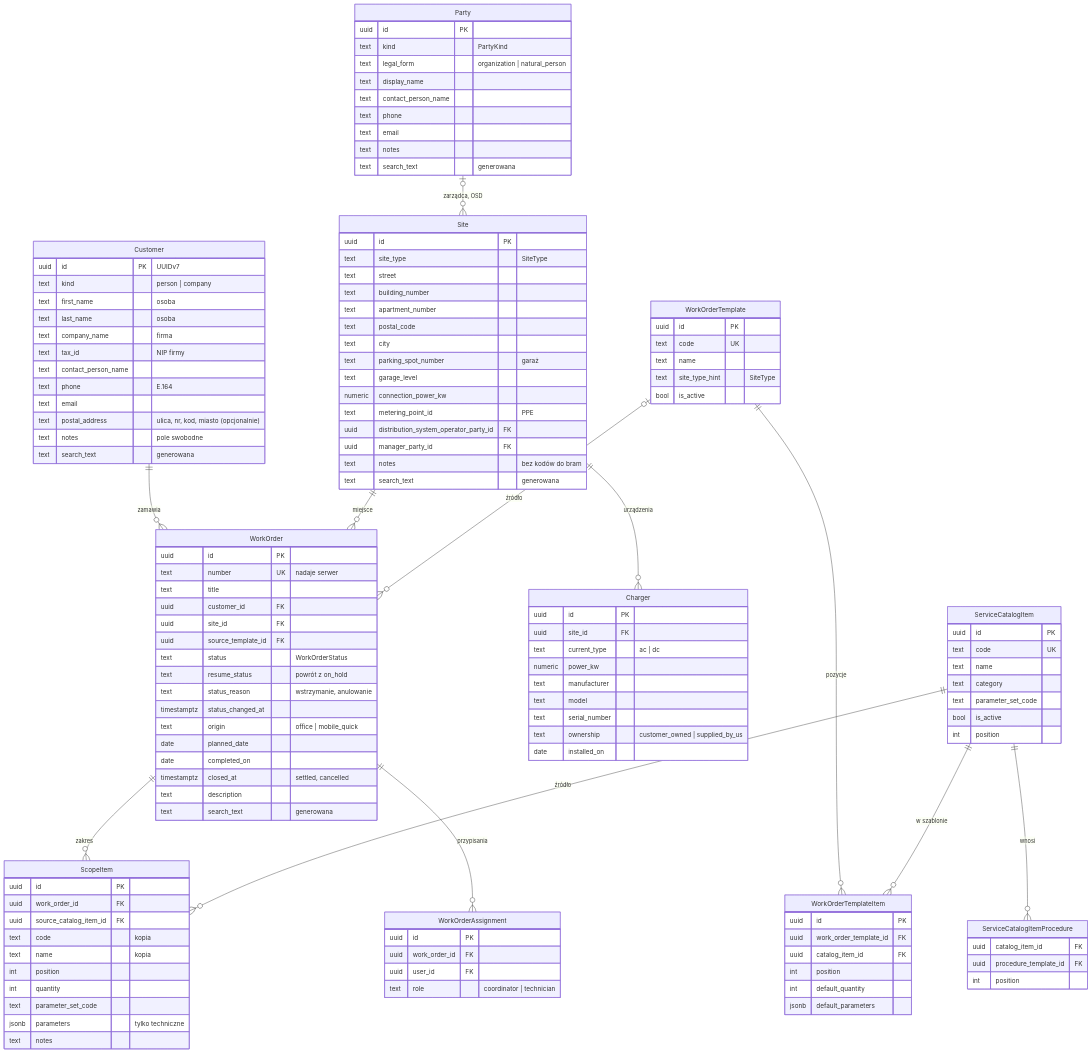
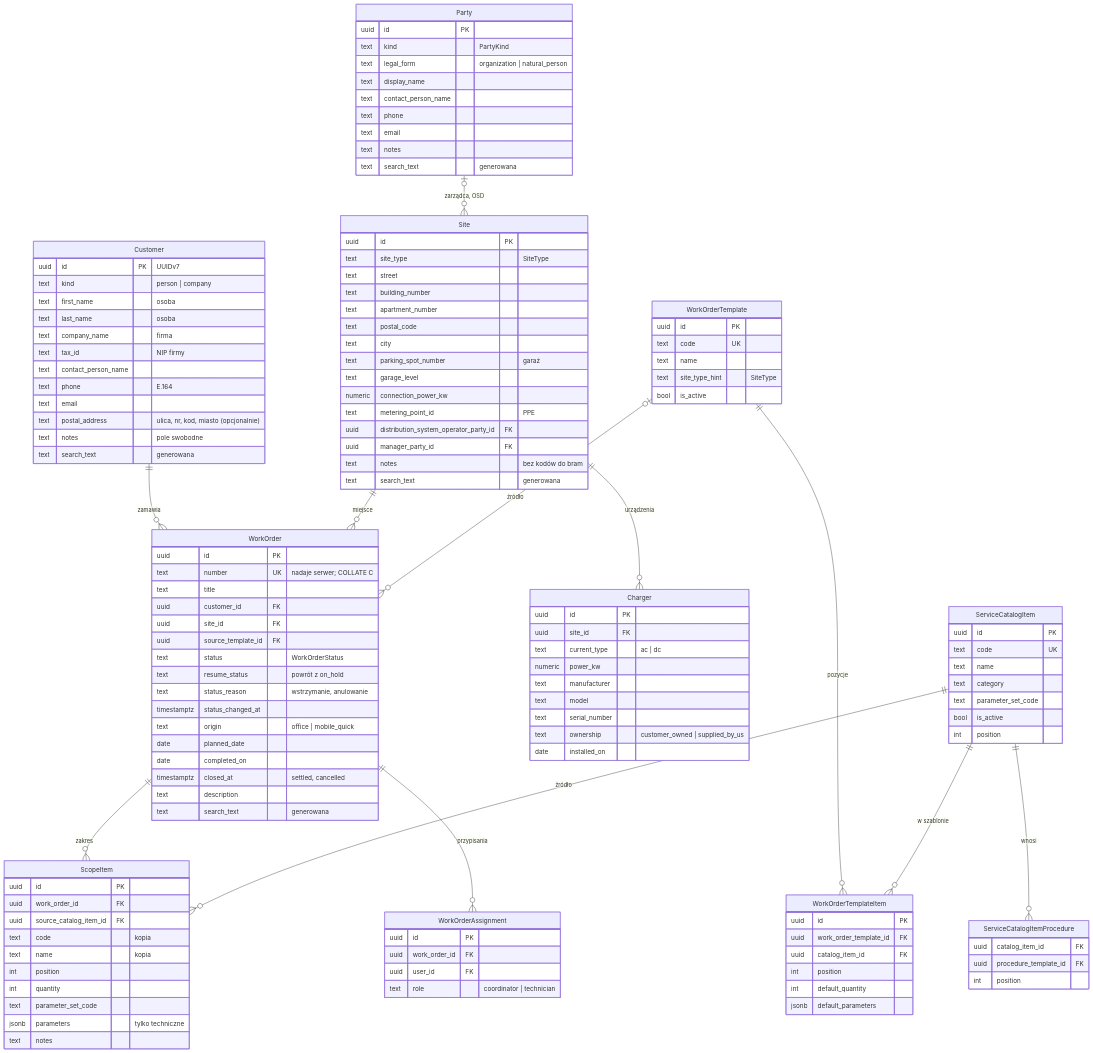
One commit to konradkluz/evia-manager changed the second of 8 diagrams in docs/architecture/domain-model.md. Above: the diagram before and after it, drawn with Mermaid. The commit also changed other lines of this file and 5 other files, not shown here.

```diff
--- a/docs/architecture/domain-model.md
+++ b/docs/architecture/domain-model.md
@@ -230,7 +230,7 @@
   }
   WorkOrder {
     uuid id PK
-    text number UK "nadaje serwer"
+    text number UK "nadaje serwer; COLLATE C"
     text title
     uuid customer_id FK
     uuid site_id FK
```
